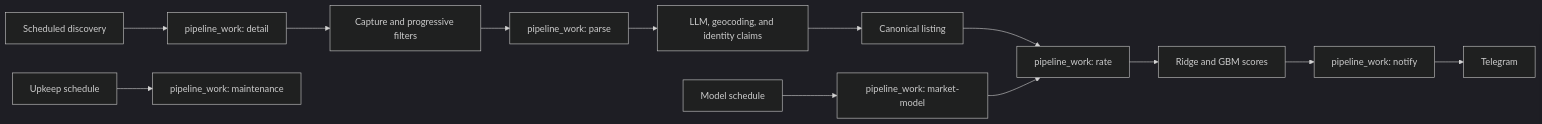
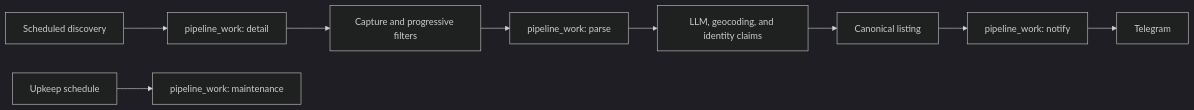
Before and after one commit to jhytabest/ShoberFredy: the diagram in README.md, drawn with Mermaid (dark theme). The commit also changed other lines of this file and 53 other files, not shown here.

Commit message:
Remove rental price scoring architecture

````diff
--- a/README.md
+++ b/README.md
@@ -43,15 +42,11 @@
 ```mermaid
 flowchart LR
   A["Scheduled discovery"] --> B["pipeline_work: detail"]
   B --> C["Capture and progressive filters"]
   C --> D["pipeline_work: parse"]
   D --> E["LLM, geocoding, and identity claims"]
   E --> F["Canonical listing"]
-  F --> G["pipeline_work: rate"]
-  G --> H["Ridge and GBM scores"]
-  H --> I["pipeline_work: notify"]
-  I --> J["Telegram"]
-  K["Model schedule"] --> L["pipeline_work: market-model"]
-  L --> G
-  M["Upkeep schedule"] --> N["pipeline_work: maintenance"]
+  F --> G["pipeline_work: notify"]
+  G --> H["Telegram"]
+  I["Upkeep schedule"] --> J["pipeline_work: maintenance"]
 ```
````
